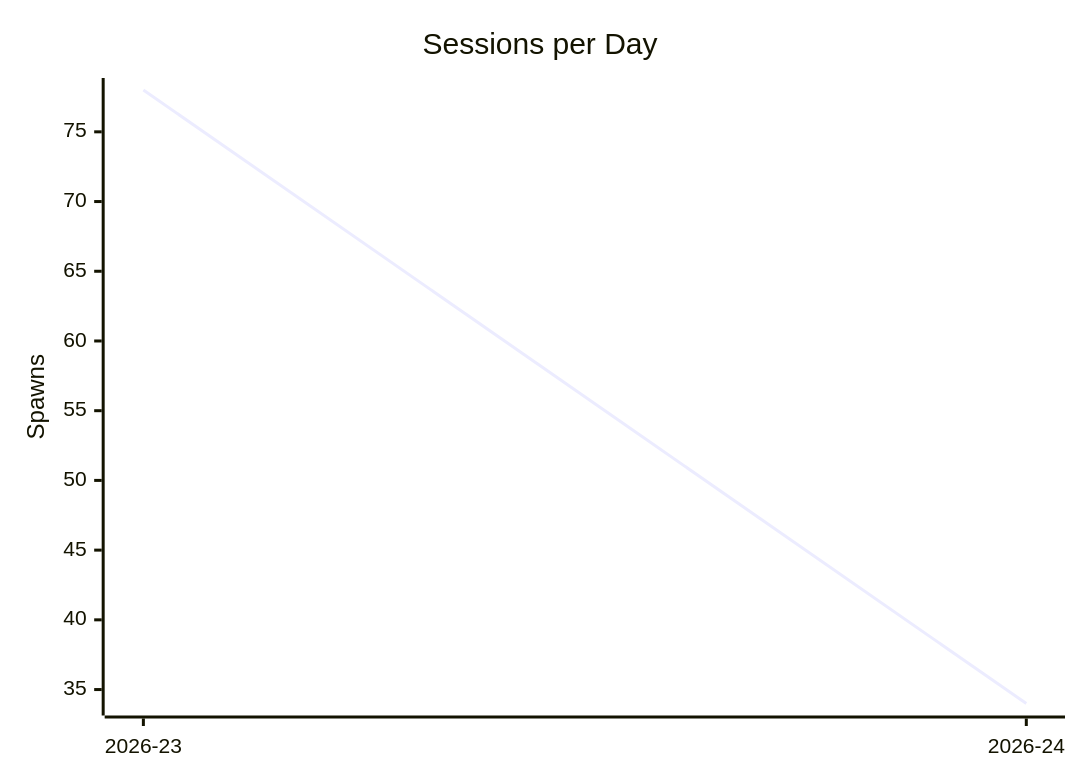
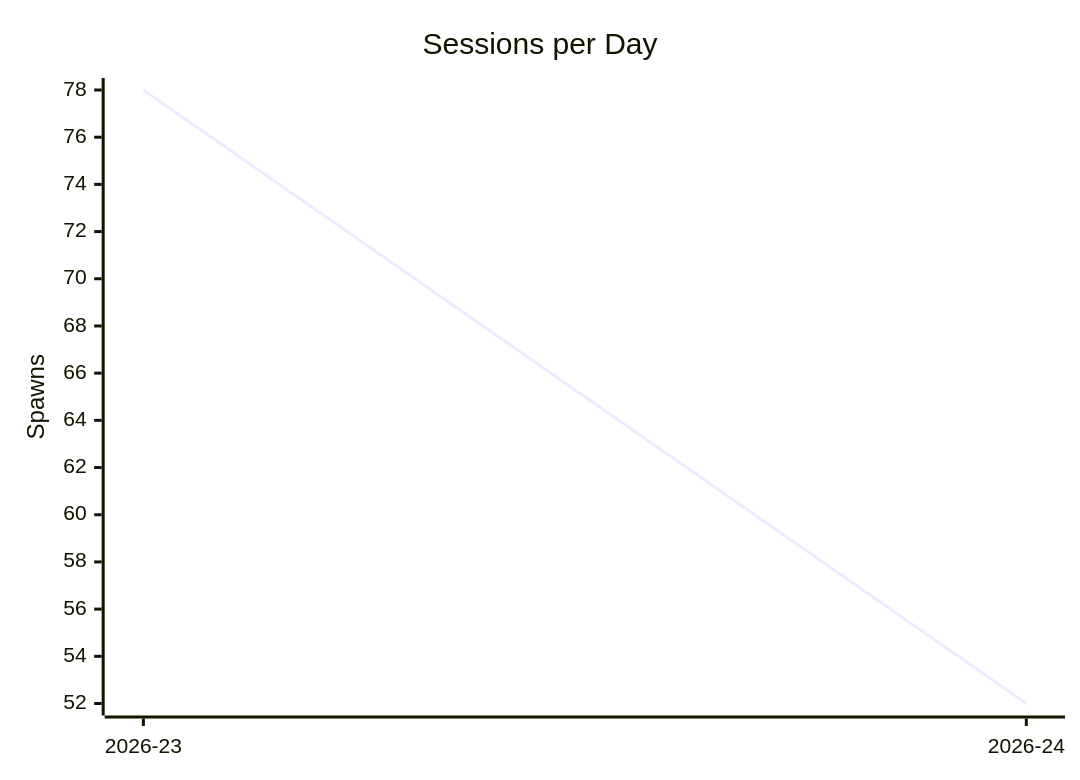
Before and after one commit to cloudbeagle/mispel-deadline-tracker: the sixth of 7 diagrams in product-planning/reports/progress-2026-24.md, drawn with Mermaid. The commit also changed other lines of this file, not shown here.

````diff
--- a/product-planning/reports/progress-2026-24.md
+++ b/product-planning/reports/progress-2026-24.md
@@ -73,7 +73,7 @@
 ```mermaid
 xychart-beta
     title "Sessions per Day"
     x-axis ["2026-23", "2026-24"]
     y-axis "Spawns"
-    line [78, 34]
+    line [78, 52]
 ```
````
